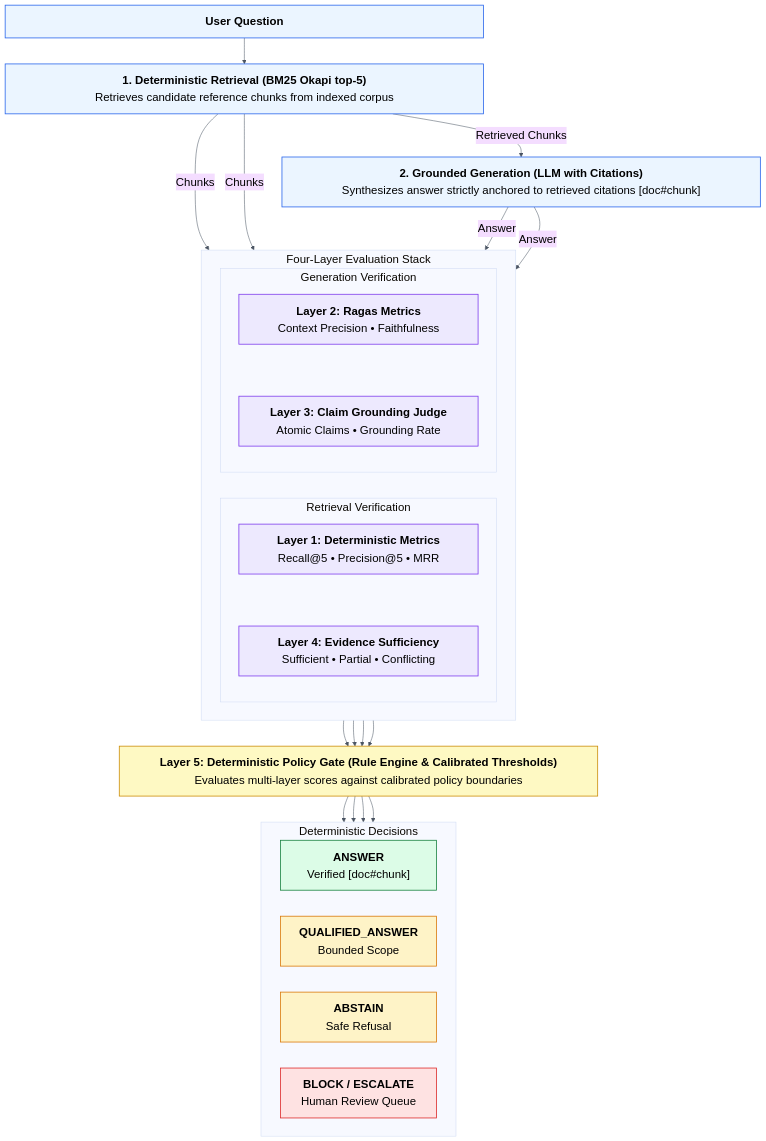
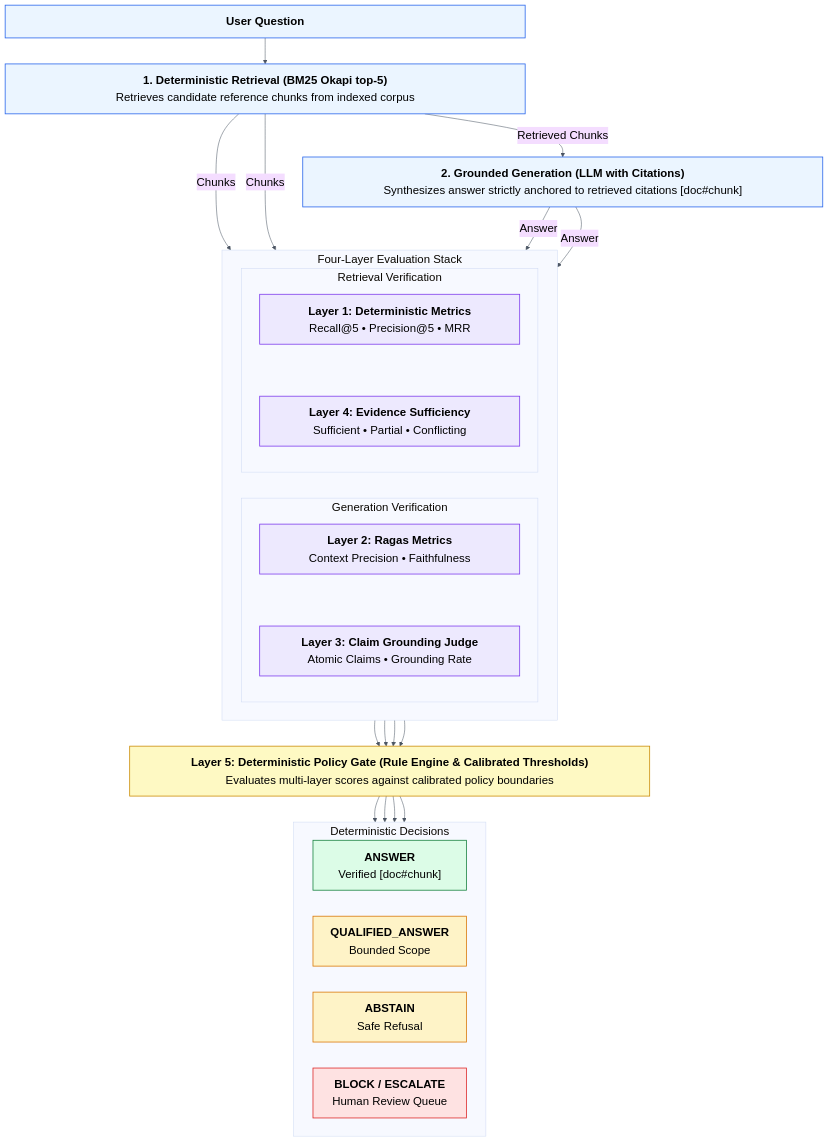
The diagram in workflow/01_evaluation_layers.mmd (the-write-path-code/ch04-debugging-hallucinations-math), drawn with Mermaid before and after one commit.

Commit message:
fix(workflow): refine Figure 4.2 with wide proportional nodes eliminating unnecessary text wrapping

```diff
--- a/workflow/01_evaluation_layers.mmd
+++ b/workflow/01_evaluation_layers.mmd
@@ -1,63 +1,63 @@
 %%{init: {"theme": "base", "themeVariables": {"fontFamily": "Arial, Helvetica, sans-serif", "fontSize": "22px", "primaryTextColor": "#000000", "lineColor": "#4B5563"}}}%%
 flowchart TD
-    Q["<div style='min-width: 860px;'><b>User Question</b></div>"]
-    RET["<div style='min-width: 860px;'><b>1. Deterministic Retrieval (BM25 Okapi top-5)</b><br/>Retrieves candidate reference chunks from indexed corpus</div>"]
-    GEN["<div style='min-width: 860px;'><b>2. Grounded Generation (LLM with Citations)</b><br/>Synthesizes answer strictly anchored to retrieved citations [doc#chunk]</div>"]
+    Q["<div style='min-width: 940px; text-align: center;'><b>User Question</b></div>"]
+    RET["<div style='min-width: 940px; text-align: center;'><b>1. Deterministic Retrieval (BM25 Okapi top-5)</b><br/>Retrieves candidate reference chunks from indexed corpus</div>"]
+    GEN["<div style='min-width: 940px; text-align: center;'><b>2. Grounded Generation (LLM with Citations)</b><br/>Synthesizes answer strictly anchored to retrieved citations [doc#chunk]</div>"]
 
     Q --> RET
     RET -->|"Retrieved Chunks"| GEN
 
     subgraph EvalStack ["Four-Layer Evaluation Stack"]
         direction LR
+        subgraph ColGen ["Generation Verification"]
+            direction TB
+            L2["<div style='min-width: 440px; text-align: center;'><b>Layer 2: Ragas Metrics</b><br/>Context Precision &bull; Faithfulness</div>"]
+            L3["<div style='min-width: 440px; text-align: center;'><b>Layer 3: Claim Grounding Judge</b><br/>Atomic Claims &bull; Grounding Rate</div>"]
+            L2 ~~~ L3
+        end
         subgraph ColRet ["Retrieval Verification"]
             direction TB
-            L1["<div style='min-width: 400px;'><b>Layer 1: Deterministic Metrics</b><br/>Recall@5 &bull; Precision@5 &bull; MRR</div>"]
-            L4["<div style='min-width: 400px;'><b>Layer 4: Evidence Sufficiency</b><br/>Sufficient &bull; Partial &bull; Conflicting</div>"]
+            L1["<div style='min-width: 440px; text-align: center;'><b>Layer 1: Deterministic Metrics</b><br/>Recall@5 &bull; Precision@5 &bull; MRR</div>"]
+            L4["<div style='min-width: 440px; text-align: center;'><b>Layer 4: Evidence Sufficiency</b><br/>Sufficient &bull; Partial &bull; Conflicting</div>"]
             L1 ~~~ L4
-        end
-        subgraph ColGen ["Generation Verification"]
-            direction TB
-            L2["<div style='min-width: 400px;'><b>Layer 2: Ragas Metrics</b><br/>Context Precision &bull; Faithfulness</div>"]
-            L3["<div style='min-width: 400px;'><b>Layer 3: Claim Grounding Judge</b><br/>Atomic Claims &bull; Grounding Rate</div>"]
-            L2 ~~~ L3
         end
     end
 
     RET -->|"Chunks"| L1
     RET -->|"Chunks"| L4
     GEN -->|"Answer"| L2
     GEN -->|"Answer"| L3
 
-    GATE["<div style='min-width: 860px;'><b>Layer 5: Deterministic Policy Gate (Rule Engine &amp; Calibrated Thresholds)</b><br/>Evaluates multi-layer scores against calibrated policy boundaries</div>"]
+    GATE["<div style='min-width: 940px; text-align: center;'><b>Layer 5: Deterministic Policy Gate (Rule Engine &amp; Calibrated Thresholds)</b><br/>Evaluates multi-layer scores against calibrated policy boundaries</div>"]
 
     L1 --> GATE
     L4 --> GATE
     L2 --> GATE
     L3 --> GATE
 
     subgraph Outcomes ["Deterministic Decisions"]
         direction LR
-        ANS["<div style='min-width: 240px;'><b>ANSWER</b><br/>Verified [doc#chunk]</div>"]
-        QUAL["<div style='min-width: 240px;'><b>QUALIFIED_ANSWER</b><br/>Bounded Scope</div>"]
-        ABST["<div style='min-width: 240px;'><b>ABSTAIN</b><br/>Safe Refusal</div>"]
-        BLOCK["<div style='min-width: 240px;'><b>BLOCK / ESCALATE</b><br/>Human Review Queue</div>"]
+        ANS["<div style='min-width: 235px; text-align: center;'><b>ANSWER</b><br/>Verified [doc#chunk]</div>"]
+        QUAL["<div style='min-width: 235px; text-align: center;'><b>QUALIFIED_ANSWER</b><br/>Bounded Scope</div>"]
+        ABST["<div style='min-width: 235px; text-align: center;'><b>ABSTAIN</b><br/>Safe Refusal</div>"]
+        BLOCK["<div style='min-width: 235px; text-align: center;'><b>BLOCK / ESCALATE</b><br/>Human Review Queue</div>"]
     end
 
     GATE --> ANS
     GATE --> QUAL
     GATE --> ABST
     GATE --> BLOCK
 
     classDef pipe fill:#EBF5FF,stroke:#2563EB,color:#000000,stroke-width:1.5px
     classDef layer fill:#EDE9FE,stroke:#7C3AED,color:#000000,stroke-width:1.5px
     classDef gate fill:#FEF9C3,stroke:#CA8A04,color:#000000,stroke-width:1.5px
     classDef ans fill:#DCFCE7,stroke:#15803D,color:#000000,stroke-width:1.5px
     classDef warn fill:#FEF3C7,stroke:#D97706,color:#000000,stroke-width:1.5px
     classDef block fill:#FEE2E2,stroke:#DC2626,color:#000000,stroke-width:1.5px
 
     class Q,RET,GEN pipe
     class L1,L4,L2,L3 layer
     class GATE gate
     class ANS ans
     class QUAL,ABST warn
     class BLOCK block
```
